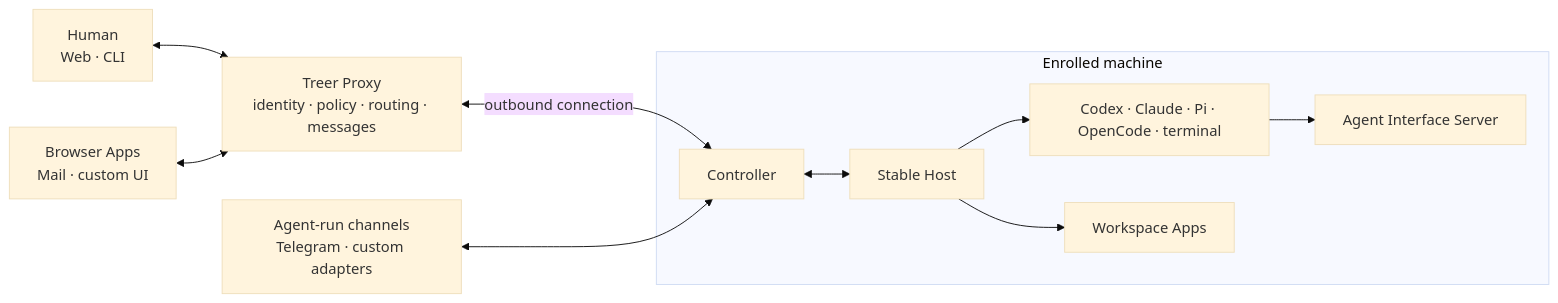
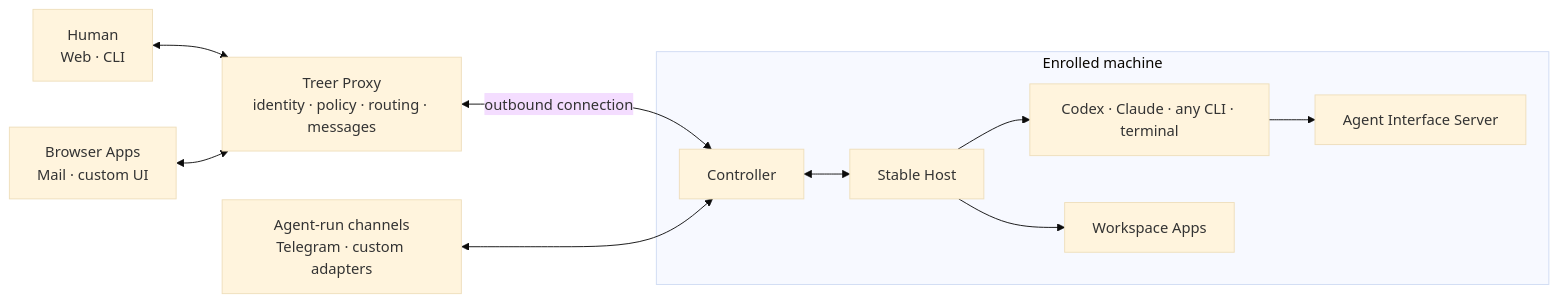
One commit to EvoEvolver/treer changed the diagram in README.md. Above: the diagram before and after it, drawn with Mermaid (base theme). The commit also changed other lines of this file and 2 other files, not shown here.

````diff
--- a/README.md
+++ b/README.md
@@ -48,17 +47,17 @@
 ```mermaid
 flowchart LR
     Human["Human<br/>Web · CLI"] <--> Proxy
     BrowserApps["Browser Apps<br/>Mail · custom UI"] <--> Proxy
     Proxy["Treer Proxy<br/>identity · policy · routing · messages"]
 
     Proxy <-->|outbound connection| Controller
 
     subgraph Machine["Enrolled machine"]
         Controller["Controller"] <--> Host["Stable Host"]
-        Host --> Agents["Codex · Claude · Pi · OpenCode · terminal"]
+        Host --> Agents["Codex · Claude · any CLI · terminal"]
         Agents --> AIS["Agent Interface Server"]
         Host --> Apps["Workspace Apps"]
     end
 
     AgentChannels["Agent-run channels<br/>Telegram · custom adapters"] <--> Controller
 ```
````
